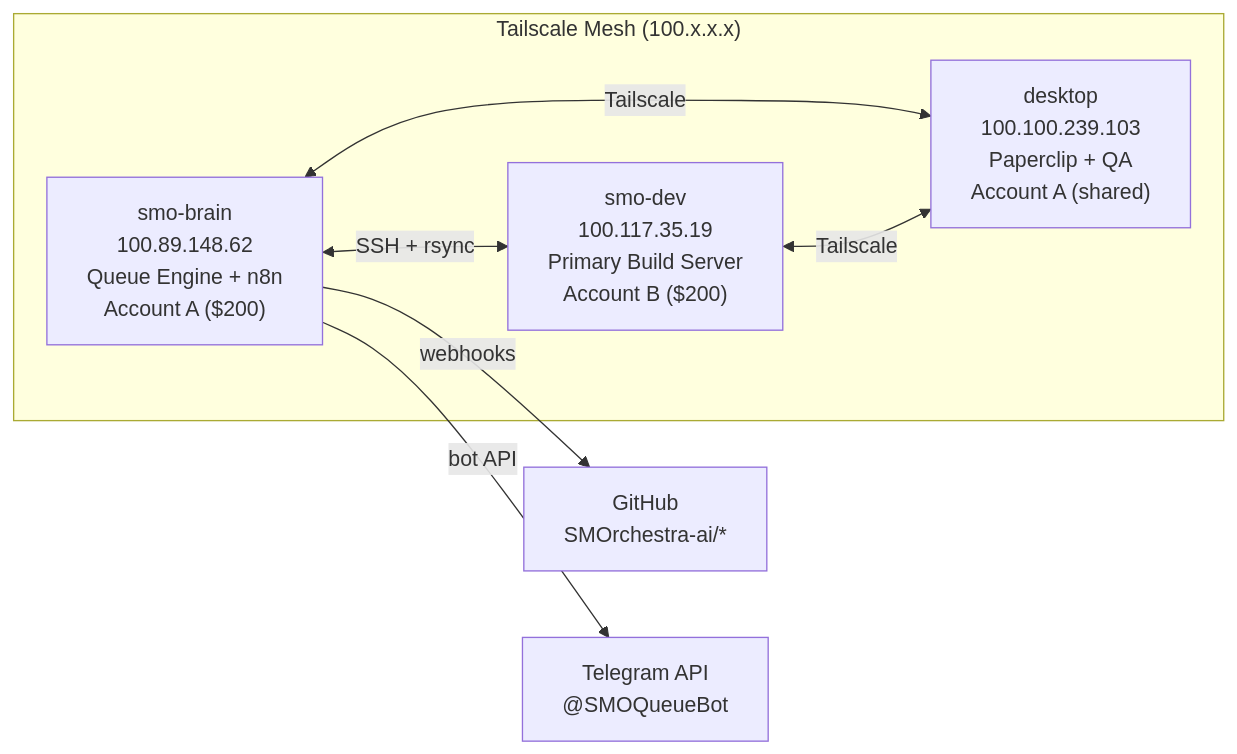
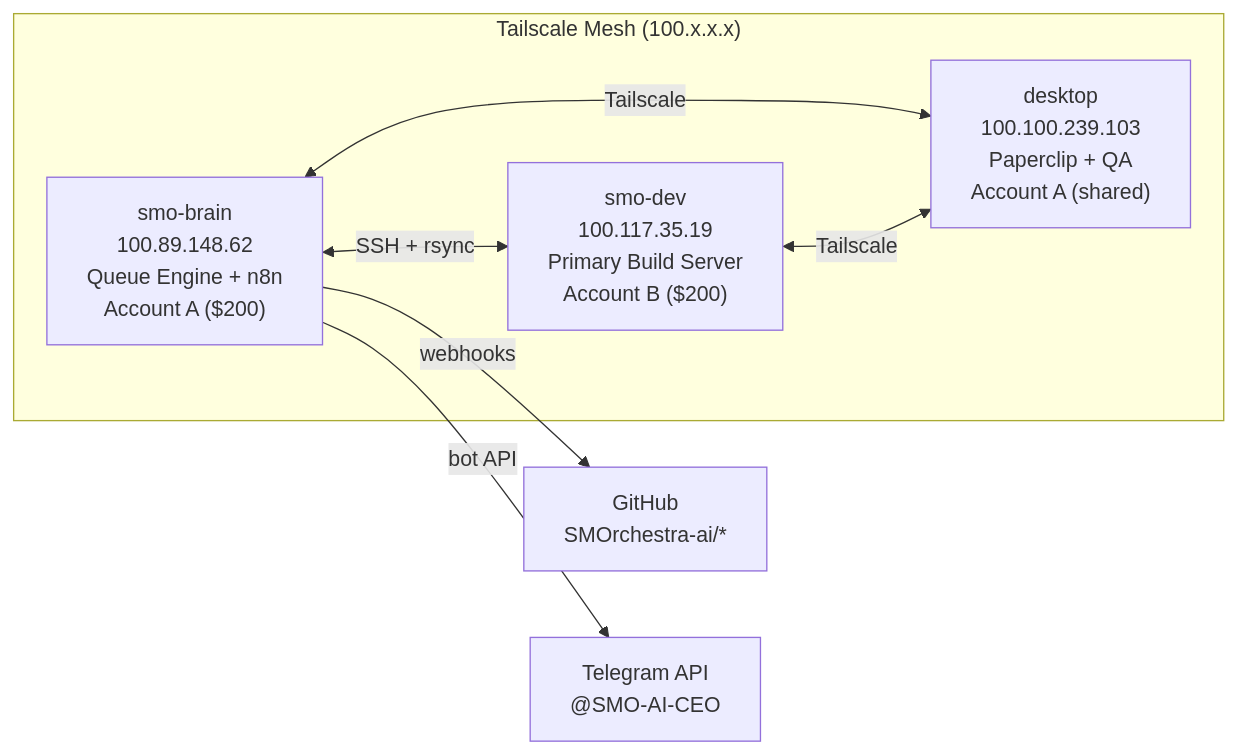
Before and after one commit to SMOrchestra-ai/smorch-brain: the fourth of 4 diagrams in Desktop/cowork-workspace/Github_SMO_AI_Native_Archi/AI Native Doc/DevTeamSOP/architecture/system-diagram.md, drawn with Mermaid. The commit also changed other lines of this file and 11 other files, not shown here.

First line of the commit message:
docs: rename @SMOQueueBot → @SMO-AI-CEO across all documentation

````diff
--- a/Desktop/cowork-workspace/Github_SMO_AI_Native_Archi/AI Native Doc/DevTeamSOP/architecture/system-diagram.md
+++ b/Desktop/cowork-workspace/Github_SMO_AI_Native_Archi/AI Native Doc/DevTeamSOP/architecture/system-diagram.md
@@ -213,18 +213,18 @@
 ```mermaid
 graph LR
     subgraph Tailscale["Tailscale Mesh (100.x.x.x)"]
         B["smo-brain<br/>100.89.148.62<br/>Queue Engine + n8n<br/>Account A ($200)"]
         D["smo-dev<br/>100.117.35.19<br/>Primary Build Server<br/>Account B ($200)"]
         K["desktop<br/>100.100.239.103<br/>Paperclip + QA<br/>Account A (shared)"]
     end
 
     B <-->|SSH + rsync| D
     B <-->|Tailscale| K
     D <-->|Tailscale| K
 
     GH["GitHub<br/>SMOrchestra-ai/*"]
-    TG["Telegram API<br/>@SMOQueueBot"]
+    TG["Telegram API<br/>@SMO-AI-CEO"]
 
     B -->|webhooks| GH
     B -->|bot API| TG
 ```
````
